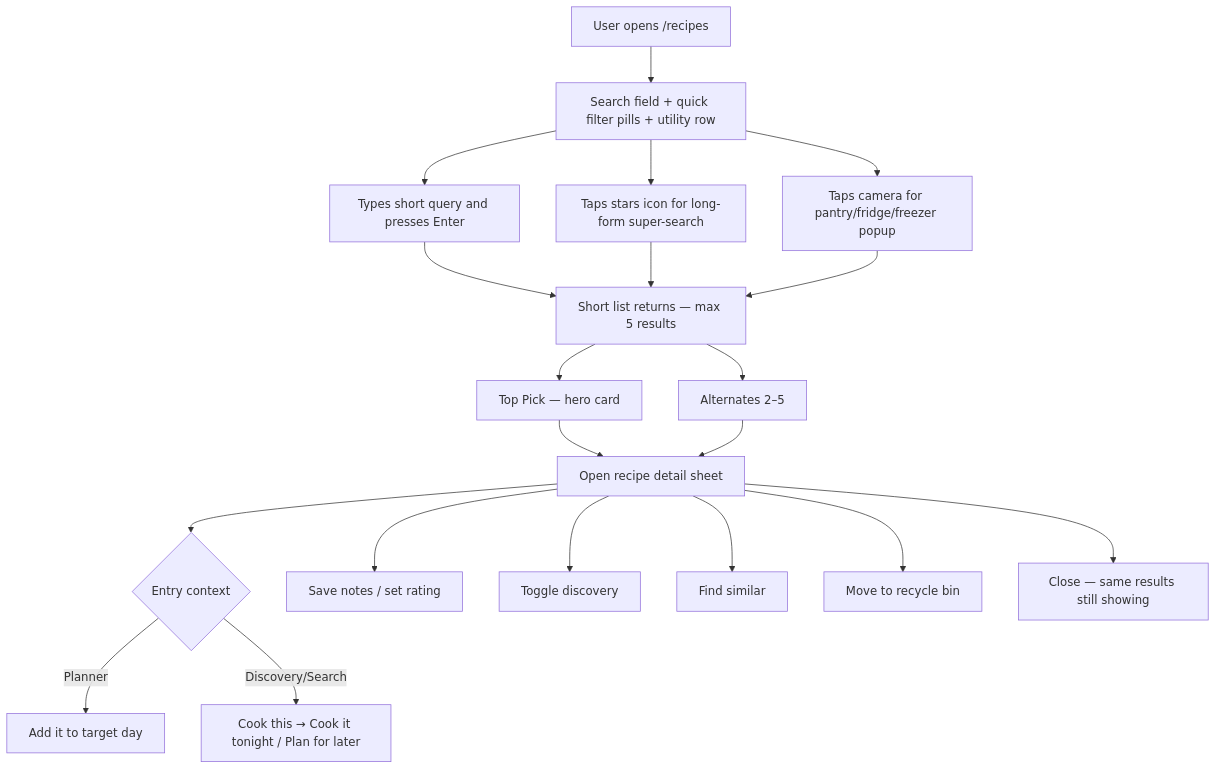
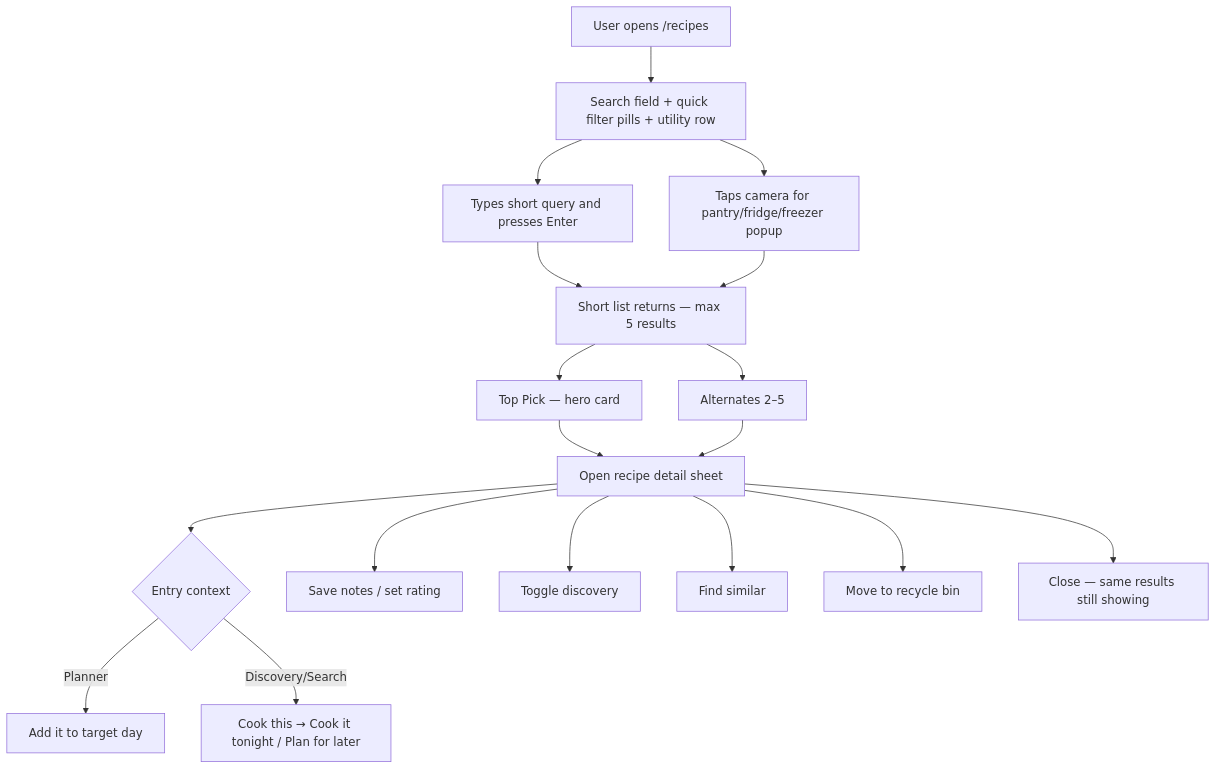
One commit to AlexandreBrisebois/whats-for-supper changed the first of 6 diagrams in docs/flows/user-flows/recipe-search-and-library-recovery.md. Above: the diagram before and after it, drawn with Mermaid. The commit also changed other lines of this file and 41 other files, not shown here.

````diff
--- a/docs/flows/user-flows/recipe-search-and-library-recovery.md
+++ b/docs/flows/user-flows/recipe-search-and-library-recovery.md
@@ -28,22 +28,20 @@
 ```mermaid
 flowchart TD
     A[User opens /recipes] --> B[Search field + quick filter pills + utility row]
     B --> C[Types short query and presses Enter]
-    B --> C2[Taps stars icon for long-form super-search]
     B --> C3[Taps camera for pantry/fridge/freezer popup]
     C --> D[Short list returns — max 5 results]
-    C2 --> D
     C3 --> D
     D --> E[Top Pick — hero card]
     D --> F[Alternates 2–5]
     E --> G[Open recipe detail sheet]
     F --> G
     G --> H{Entry context}
     H -->|Planner| H1[Add it to target day]
     H -->|Discovery/Search| H2[Cook this → Cook it tonight / Plan for later]
     G --> I[Save notes / set rating]
     G --> J[Toggle discovery]
     G --> K[Find similar]
     G --> L[Move to recycle bin]
     G --> M[Close — same results still showing]
 ```
````
